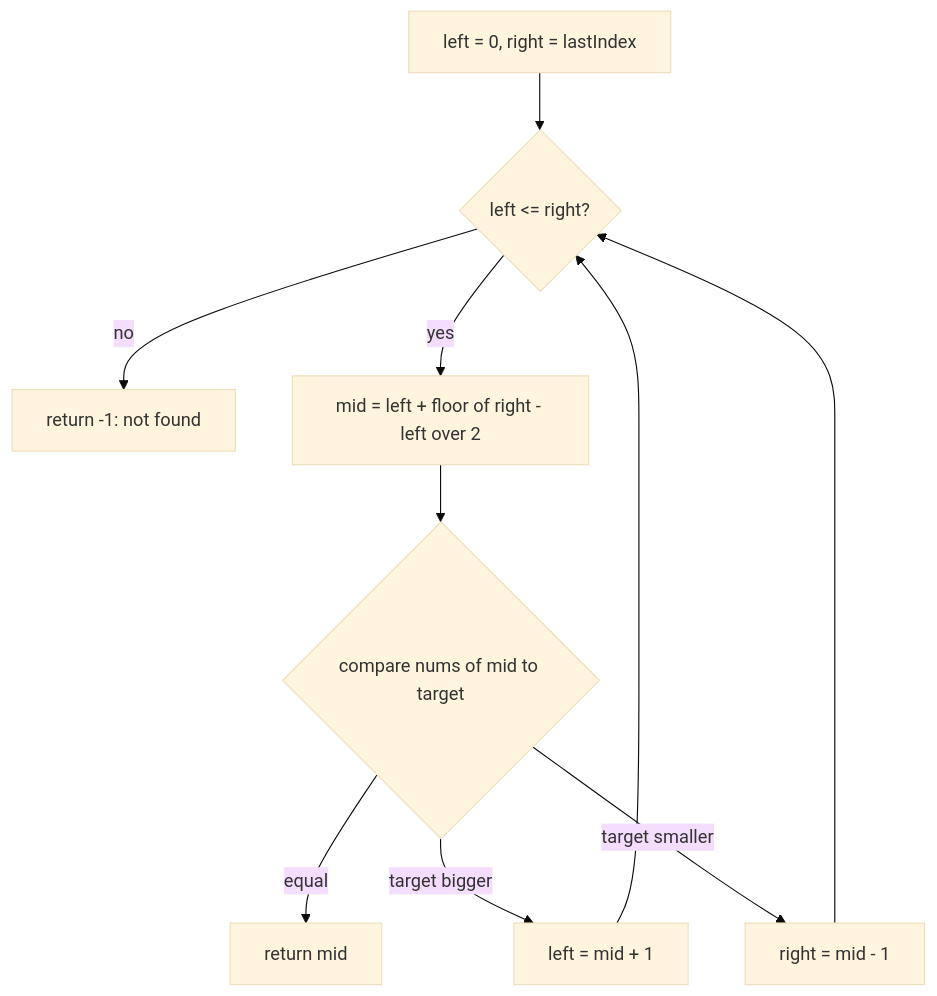
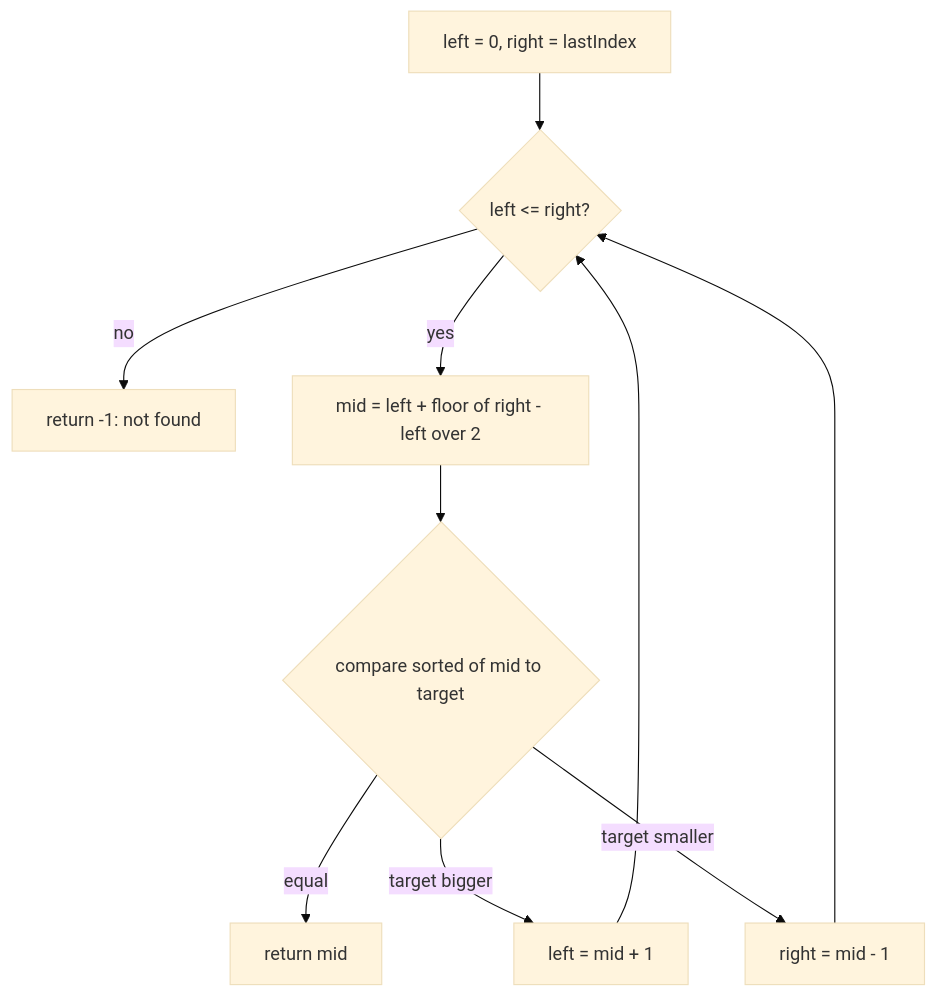
One commit to Albertobar94/ts-algorithms changed the diagram in techniques/search/binary-search/find-target/README.md. Above: the diagram before and after it, drawn with Mermaid (base theme). The commit also changed other lines of this file and 43 other files, not shown here.

````diff
--- a/techniques/search/binary-search/find-target/README.md
+++ b/techniques/search/binary-search/find-target/README.md
@@ -75,12 +76,12 @@
 ```mermaid
 flowchart TD
     A[left = 0, right = lastIndex] --> B{left <= right?}
     B -- no --> Z[return -1: not found]
     B -- yes --> C[mid = left + floor of right - left over 2]
-    C --> D{compare nums of mid to target}
+    C --> D{compare sorted of mid to target}
     D -- equal --> E[return mid]
     D -- target bigger --> F[left = mid + 1]
     D -- target smaller --> G[right = mid - 1]
     F --> B
     G --> B
 ```
````
